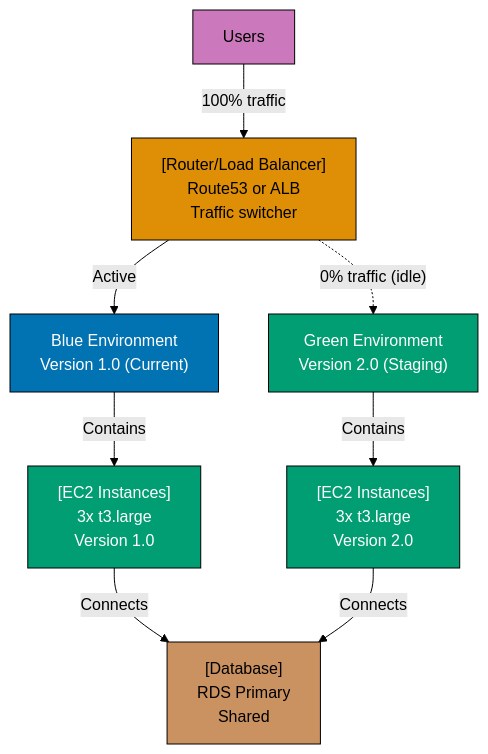
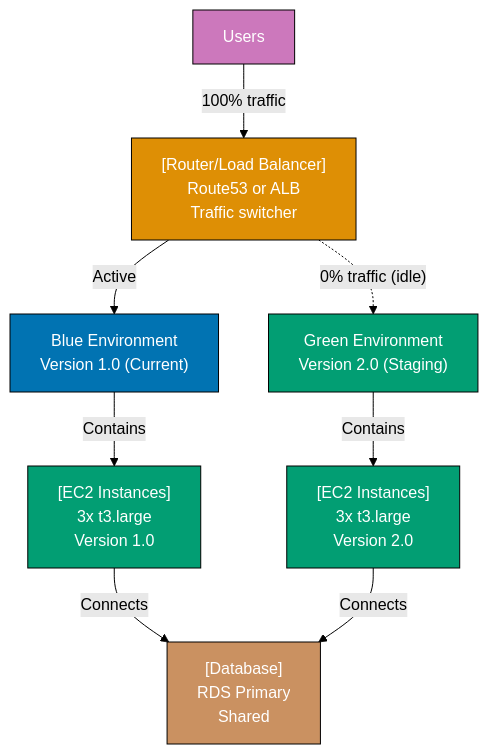
Diagram 11 of 30 in apps/ayokoding-web/content/en/learn/software-engineering/architecture/c4-architecture-model/by-example/intermediate.md (wahidyankf/open-sharia-enterprise), drawn with Mermaid (forest theme) before and after one commit. The commit also changed other lines of this file and 61 other files, not shown here.

First line of the commit message:
fix(ayokoding-web): quote Mermaid node labels with special characters in Example 63

````diff
--- a/apps/ayokoding-web/content/en/learn/software-engineering/architecture/c4-architecture-model/by-example/intermediate.md
+++ b/apps/ayokoding-web/content/en/learn/software-engineering/architecture/c4-architecture-model/by-example/intermediate.md
@@ -614,30 +614,30 @@
 ```mermaid
 graph TD
     Users["Users"]
     Router["[Router/Load Balancer]<br/>Route53 or ALB<br/>Traffic switcher"]
 
     BlueEnv["Blue Environment<br/>Version 1.0 (Current)"]
     BlueInstances["[EC2 Instances]<br/>3x t3.large<br/>Version 1.0"]
     BlueDB["[Database]<br/>RDS Primary<br/>Shared"]
 
     GreenEnv["Green Environment<br/>Version 2.0 (Staging)"]
     GreenInstances["[EC2 Instances]<br/>3x t3.large<br/>Version 2.0"]
 
     Users -->|"100% traffic"| Router
     Router -->|"Active"| BlueEnv
     Router -.->|"0% traffic (idle)"| GreenEnv
 
     BlueEnv -->|Contains| BlueInstances
     BlueInstances -->|Connects| BlueDB
 
     GreenEnv -->|Contains| GreenInstances
     GreenInstances -->|Connects| BlueDB
 
-    style Users fill:#CC78BC,stroke:#000,color:#000
-    style Router fill:#DE8F05,stroke:#000,color:#000
+    style Users fill:#CC78BC,stroke:#000,color:#fff
+    style Router fill:#DE8F05,stroke:#000,color:#fff
     style BlueEnv fill:#0173B2,stroke:#000,color:#fff
     style BlueInstances fill:#029E73,stroke:#000,color:#fff
-    style BlueDB fill:#CA9161,stroke:#000,color:#000
+    style BlueDB fill:#CA9161,stroke:#000,color:#fff
     style GreenEnv fill:#029E73,stroke:#000,color:#fff
     style GreenInstances fill:#029E73,stroke:#000,color:#fff
 ```
````
